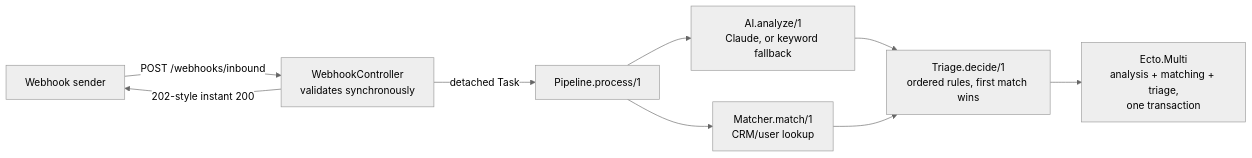
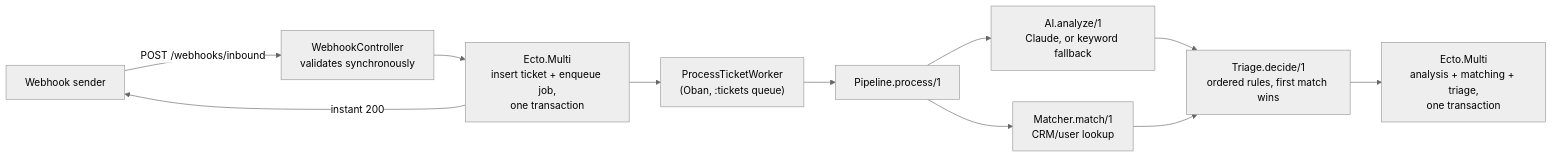
The diagram in README.md (Nabeel-Siddiqui/support-desk), drawn with Mermaid (neutral theme) before and after one commit. The commit also changed other lines of this file and 15 other files, not shown here.

````diff
--- a/README.md
+++ b/README.md
@@ -60,11 +63,13 @@
 ```mermaid
 graph LR
     Sender["Webhook sender"] -->|"POST /webhooks/inbound"| Controller["WebhookController<br/>validates synchronously"]
-    Controller -->|"202-style instant 200"| Sender
-    Controller -->|"detached Task"| Pipeline["Pipeline.process/1"]
+    Controller --> Multi["Ecto.Multi<br/>insert ticket + enqueue job,<br/>one transaction"]
+    Multi -->|"instant 200"| Sender
+    Multi --> Worker["ProcessTicketWorker<br/>(Oban, :tickets queue)"]
+    Worker --> Pipeline["Pipeline.process/1"]
     Pipeline --> AI["AI.analyze/1<br/>Claude, or keyword fallback"]
     Pipeline --> Matcher["Matcher.match/1<br/>CRM/user lookup"]
     AI --> Triage["Triage.decide/1<br/>ordered rules, first match wins"]
     Matcher --> Triage
-    Triage --> Multi["Ecto.Multi<br/>analysis + matching + triage,<br/>one transaction"]
+    Triage --> ResultMulti["Ecto.Multi<br/>analysis + matching + triage,<br/>one transaction"]
 ```
````
